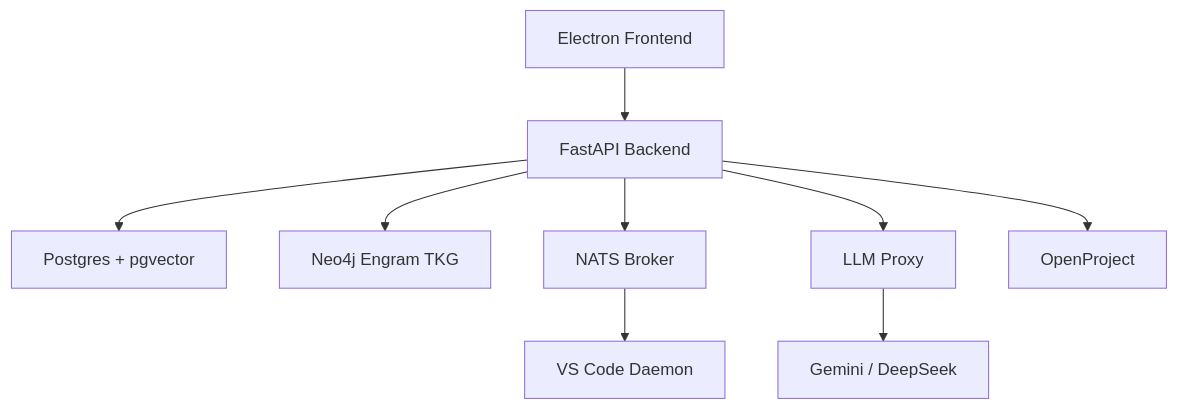
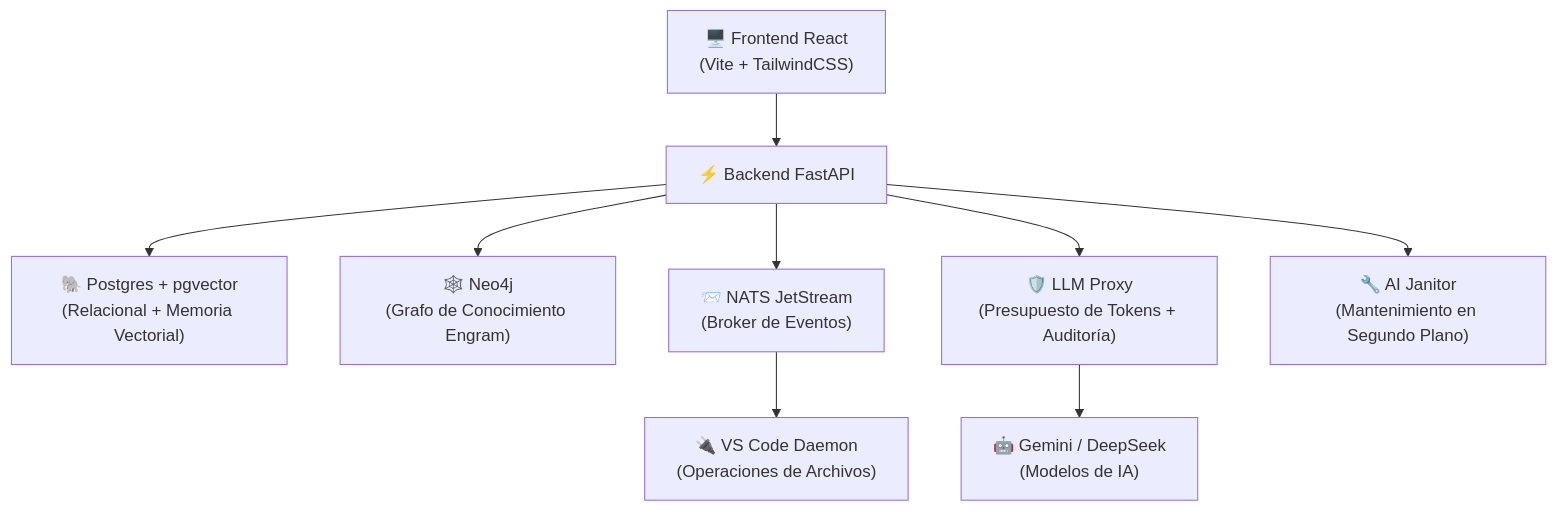
One commit to careb36/ai_entreprise changed the diagram in README.es.md. Above: the diagram before and after it, drawn with Mermaid. The commit also changed other lines of this file and 1 other file, not shown here.

First line of the commit message:
docs: fix README — Le Fabrique branding, icon, badges, architecture diagram

````diff
--- a/README.es.md
+++ b/README.es.md
@@ -44,11 +51,11 @@
 ```mermaid
 graph TD
-    A[Electron Frontend] --> B[FastAPI Backend]
-    B --> C[Postgres + pgvector]
-    B --> D[Neo4j Engram TKG]
-    B --> E[NATS Broker]
-    E --> F[VS Code Daemon]
-    B --> G[LLM Proxy]
-    G --> H[Gemini / DeepSeek]
-    B --> I[OpenProject]
+    A["🖥️ Frontend React\n(Vite + TailwindCSS)"] --> B["⚡ Backend FastAPI"]
+    B --> C["🐘 Postgres + pgvector\n(Relacional + Memoria Vectorial)"]
+    B --> D["🕸️ Neo4j\n(Grafo de Conocimiento Engram)"]
+    B --> E["📨 NATS JetStream\n(Broker de Eventos)"]
+    E --> F["🔌 VS Code Daemon\n(Operaciones de Archivos)"]
+    B --> G["🛡️ LLM Proxy\n(Presupuesto de Tokens + Auditoría)"]
+    G --> H["🤖 Gemini / DeepSeek\n(Modelos de IA)"]
+    B --> I["🔧 AI Janitor\n(Mantenimiento en Segundo Plano)"]
 ```
````
